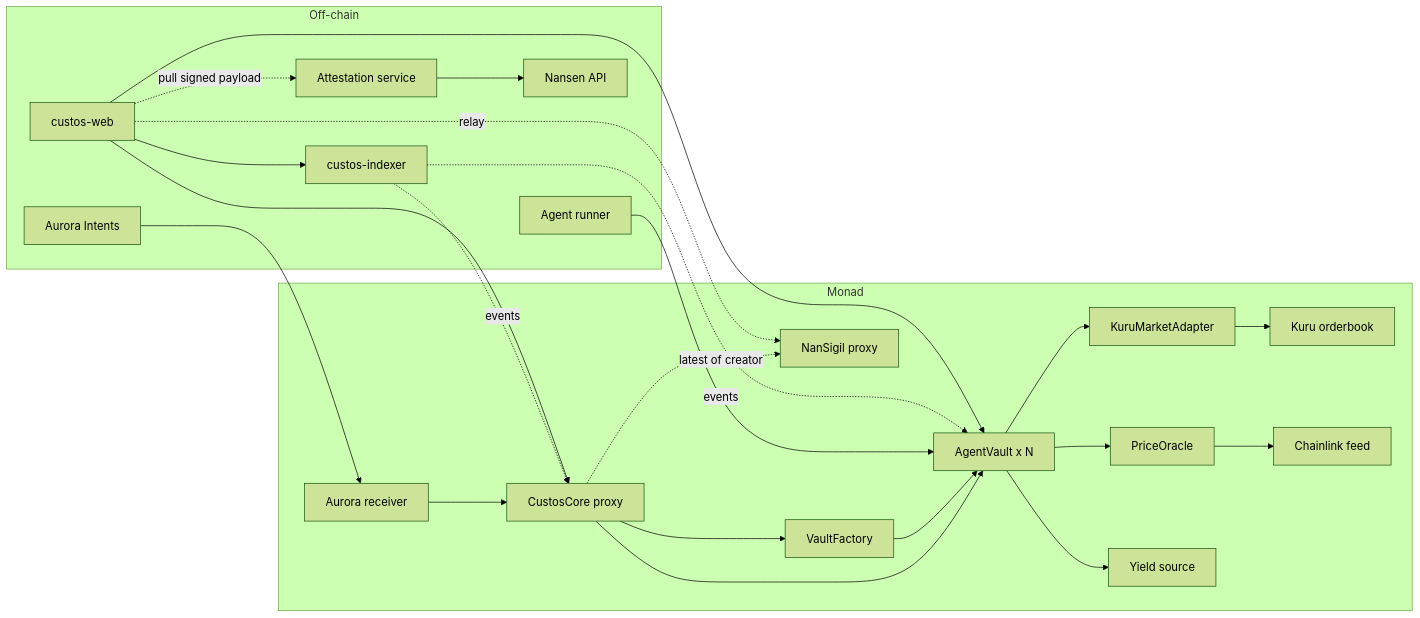
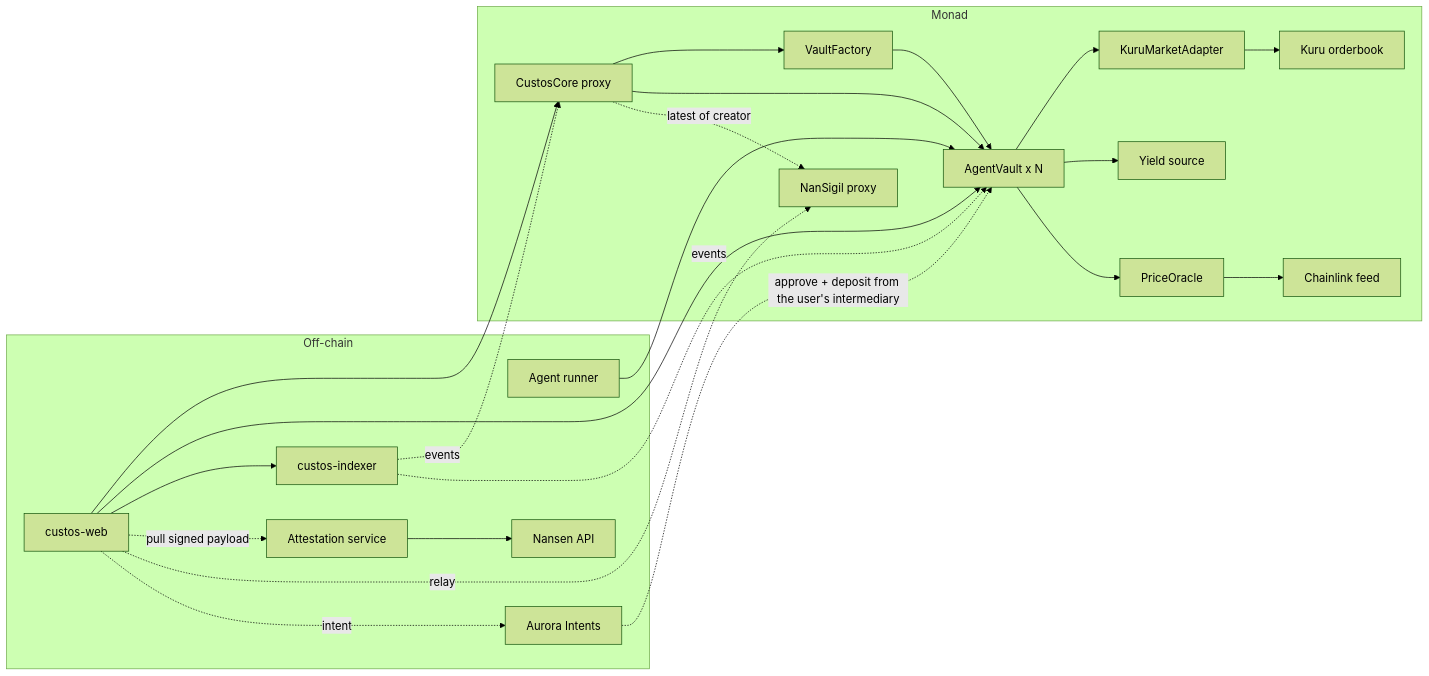
One commit to custos-vault-agent/.github changed the first of 3 diagrams in profile/README.md. Above: the diagram before and after it, drawn with Mermaid (forest theme). The commit also changed other lines of this file, not shown here.

````diff
--- a/profile/README.md
+++ b/profile/README.md
@@ -39,42 +39,42 @@
 ```mermaid
 flowchart LR
     subgraph offchain [Off-chain]
         Web[custos-web]
         Indexer[custos-indexer]
         Runner[Agent runner]
         Attestor[Attestation service]
         Nansen[Nansen API]
         Aurora[Aurora Intents]
     end
 
     subgraph monad [Monad]
         Core[CustosCore proxy]
         Factory[VaultFactory]
         Oracle[PriceOracle]
         Sigil[NanSigil proxy]
         Vault[AgentVault x N]
         Adapter[KuruMarketAdapter]
         Kuru[Kuru orderbook]
         Yield[Yield source]
         Feed[Chainlink feed]
-        Receiver[Aurora receiver]
     end
 
     Web --> Core
     Web --> Vault
     Web --> Indexer
     Indexer -.events.-> Core
     Indexer -.events.-> Vault
     Runner --> Vault
     Attestor --> Nansen
     Web -.pull signed payload.-> Attestor
     Web -.relay.-> Sigil
-    Aurora --> Receiver --> Core
+    Web -.intent.-> Aurora
+    Aurora -.approve + deposit from the user's intermediary.-> Vault
 
     Core --> Factory --> Vault
     Core --> Vault
     Vault --> Adapter --> Kuru
     Vault --> Yield
     Vault --> Oracle --> Feed
     Core -.latest of creator.-> Sigil
 ```
````
